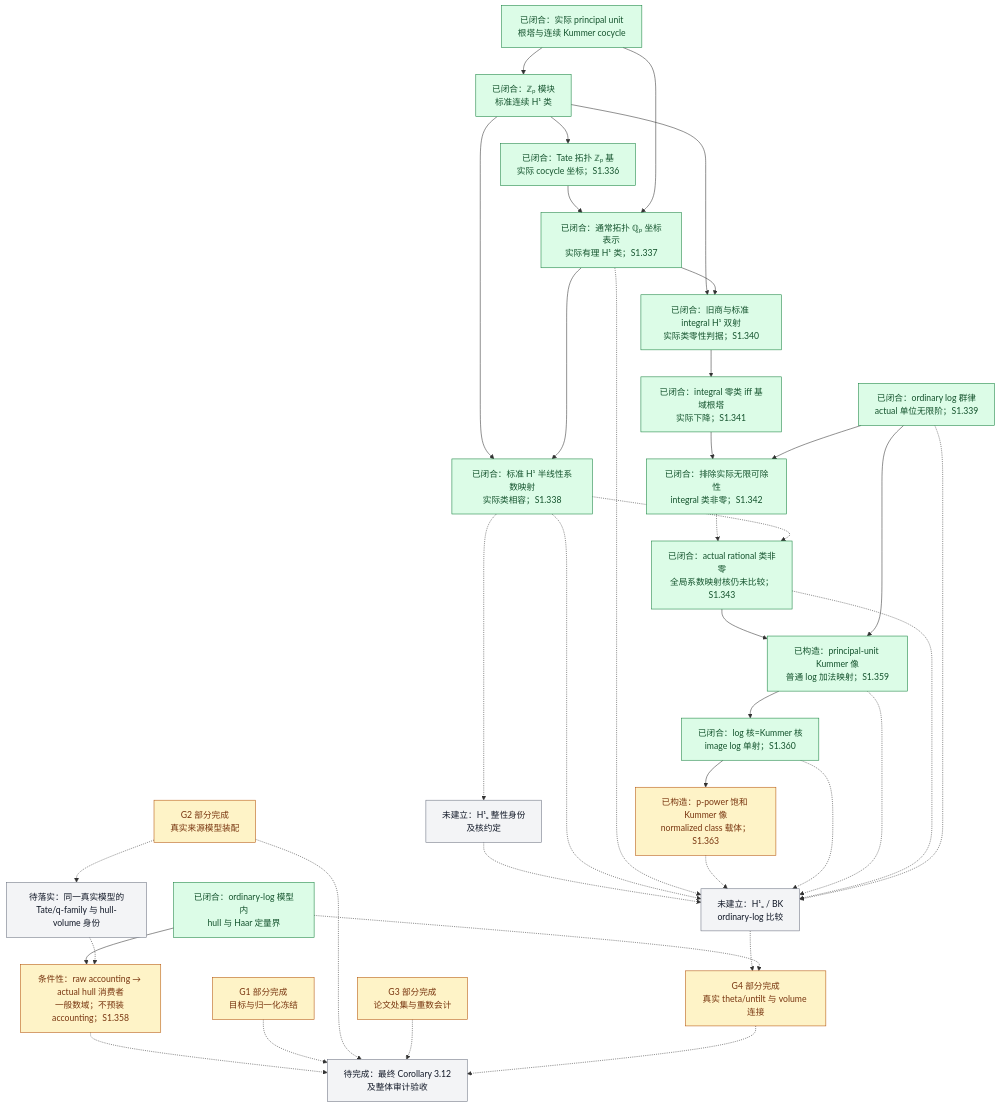
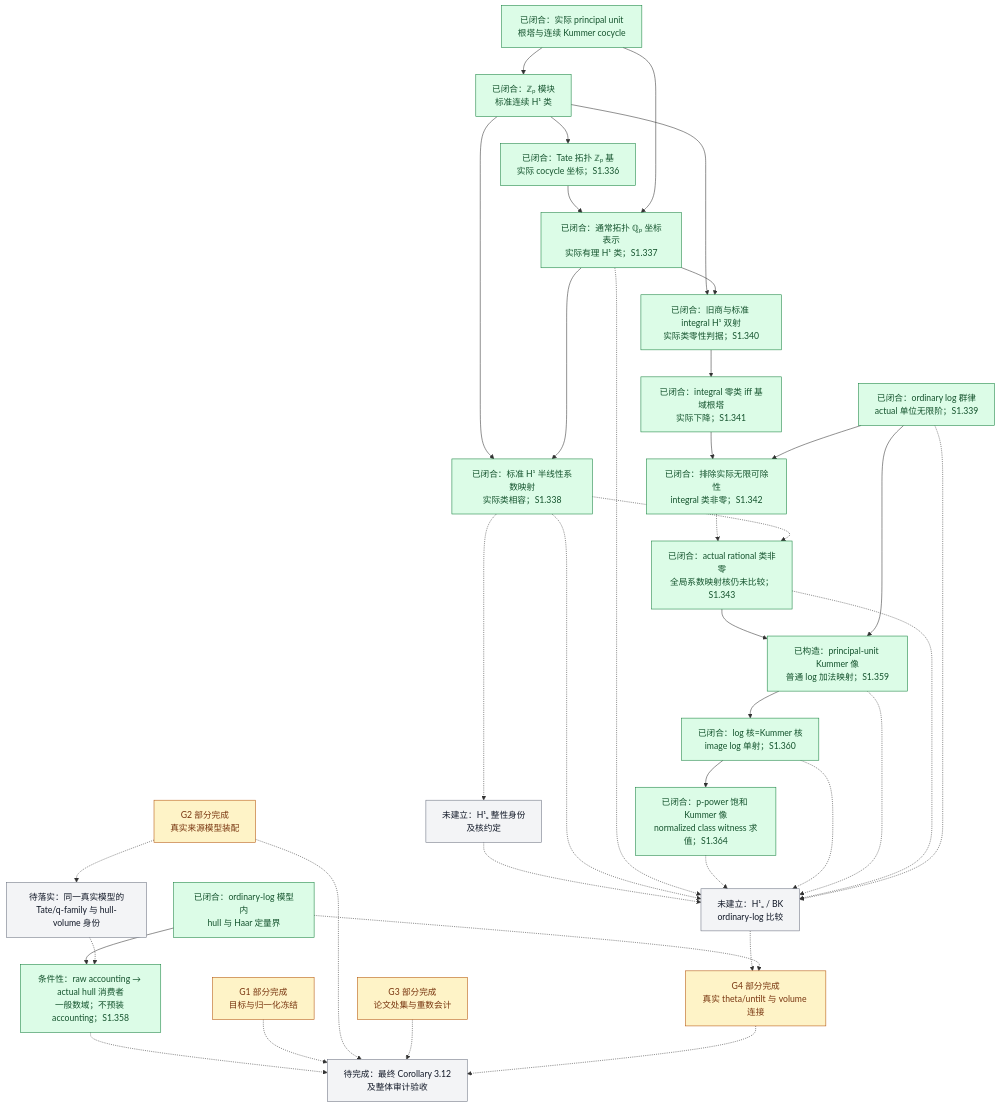
The diagram in docs/Scene1进度总览.md (Ember-Institute/KirtiJoshi-abc), drawn with Mermaid before and after one commit. The commit also changed other lines of this file and 4 other files, not shown here.

````diff
--- a/docs/Scene1进度总览.md
+++ b/docs/Scene1进度总览.md
@@ -75,74 +75,74 @@
 ```mermaid
 flowchart TD
     K["已闭合：实际 principal unit<br/>根塔与连续 Kummer cocycle"]
     Z["已闭合：ℤₚ 模块<br/>标准连续 H¹ 类"]
     T["已闭合：Tate 拓扑 ℤₚ 基<br/>实际 cocycle 坐标；S1.336"]
     Q["已闭合：通常拓扑 ℚₚ 坐标表示<br/>实际有理 H¹ 类；S1.337"]
     I["已闭合：标准 H¹ 半线性系数映射<br/>实际类相容；S1.338"]
     J["未建立：H¹ₑ 整性身份<br/>及核约定"]
     C0["已闭合：旧商与标准 integral H¹ 双射<br/>实际类零性判据；S1.340"]
     R0["已闭合：integral 零类 iff 基域根塔<br/>实际下降；S1.341"]
     N0["已闭合：排除实际无限可除性<br/>integral 类非零；S1.342"]
     NQ["已闭合：actual rational 类非零<br/>全局系数映射核仍未比较；S1.343"]
     KL["已构造：principal-unit Kummer 像<br/>普通 log 加法映射；S1.359"]
     KK["已闭合：log 核=Kummer 核<br/>image log 单射；S1.360"]
-    KS["已构造：p-power 饱和 Kummer 像<br/>normalized class 载体；S1.363"]
+    KS["已闭合：p-power 饱和 Kummer 像<br/>normalized class witness 求值；S1.364"]
     B["未建立：H¹ₑ / BK<br/>ordinary-log 比较"]
     H["已闭合：ordinary-log 模型内<br/>hull 与 Haar 定量界"]
     L["已闭合：ordinary log 群律<br/>actual 单位无限阶；S1.339"]
     V["G4 部分完成<br/>真实 theta/untilt 与 volume 连接"]
     G1["G1 部分完成<br/>目标与归一化冻结"]
     G2["G2 部分完成<br/>真实来源模型装配"]
     G3["G3 部分完成<br/>论文处集与重数会计"]
     RH["条件性：raw accounting → actual hull 消费者<br/>一般数域；不预装 accounting；S1.358"]
     VH["待落实：同一真实模型的<br/>Tate/q-family 与 hull-volume 身份"]
     C["待完成：最终 Corollary 3.12<br/>及整体审计验收"]
 
     K --> Z
     Z --> T
     T --> Q
     K --> Q
     Z --> I
     Q --> I
     I -.-> J
     J -.-> B
     I -.-> B
     Q -.-> B
     Z --> C0
     Q --> C0
     C0 --> R0
     R0 --> N0
     L --> N0
     N0 -.-> NQ
     I -.-> NQ
     NQ --> KL
     L --> KL
     KL --> KK
     KK --> KS
     KS -.-> B
     KK -.-> B
     KL -.-> B
     NQ -.-> B
     L -.-> B
     B -.-> V
     H -.-> V
     H --> RH
     G2 -.-> VH
     VH -.-> RH
     RH -.-> C
     G1 -.-> C
     G2 -.-> C
     G3 -.-> C
     V -.-> C
 
     classDef done fill:#dcfce7,stroke:#15803d,color:#14532d;
     classDef partial fill:#fef3c7,stroke:#b45309,color:#78350f;
     classDef open fill:#f3f4f6,stroke:#6b7280,color:#111827;
     class K,Z,T,Q,H,I,L,C0,R0,N0 done;
     class G1,G2,G3,V partial;
     class J,B,C,VH open;
-    class RH,KS partial;
+    class RH,KS done;
     class KK done;
     class KL done;
     class NQ done;
 ```
````
